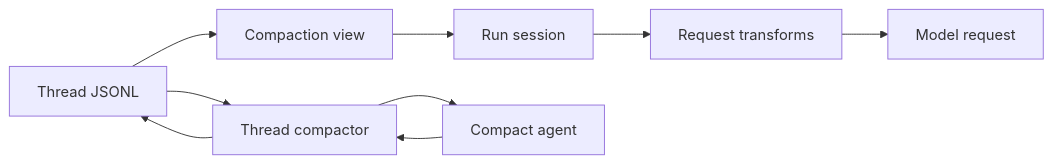
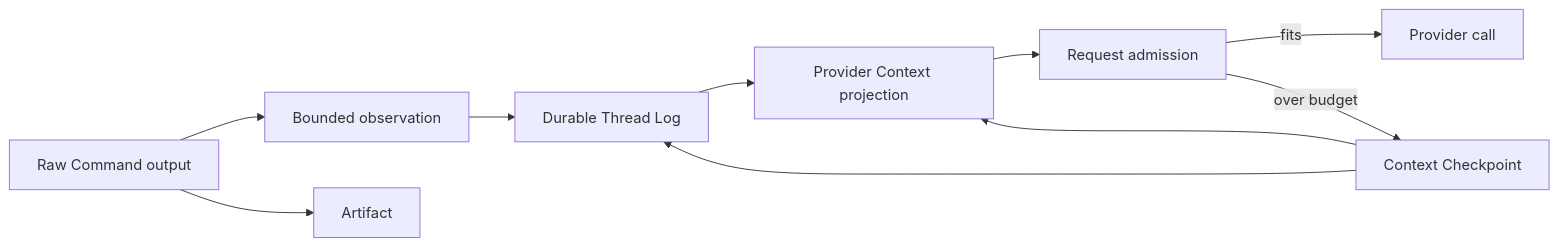
Before and after one commit to LunaY77/ello: the diagram in docs/compact/README.md, drawn with Mermaid. The commit also changed other lines of this file and 535 other files, not shown here.

First line of the commit message:
feat: 引入 Agent Command Runtime 并完善 Benchmark 体系

````diff
--- a/docs/compact/README.md
+++ b/docs/compact/README.md
@@ -22,11 +13,12 @@
 ```mermaid
 flowchart LR
-  J[Thread JSONL] --> V[Compaction view]
-  V --> S[Run session]
-  S --> T[Request transforms]
-  T --> M[Model request]
-  J --> C[Thread compactor]
-  C --> A[Compact agent]
-  A --> C
-  C --> J
+  L[Durable Thread Log] --> V[Provider Context projection]
+  V --> A[Request admission]
+  A -->|fits| M[Provider call]
+  A -->|over budget| C[Context Checkpoint]
+  C --> L
+  C --> V
+  O[Raw Command output] --> P[Bounded observation]
+  O --> R[Artifact]
+  P --> L
 ```
````
